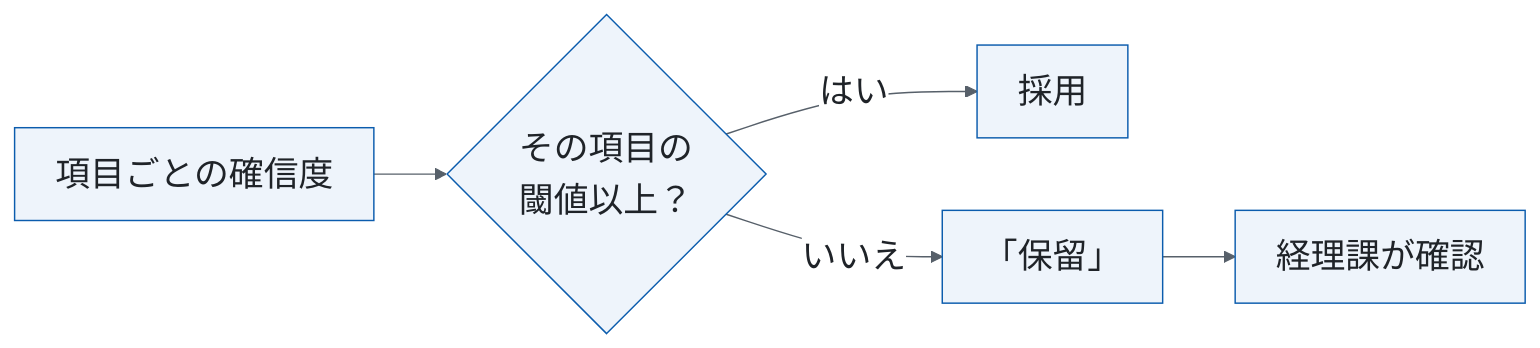
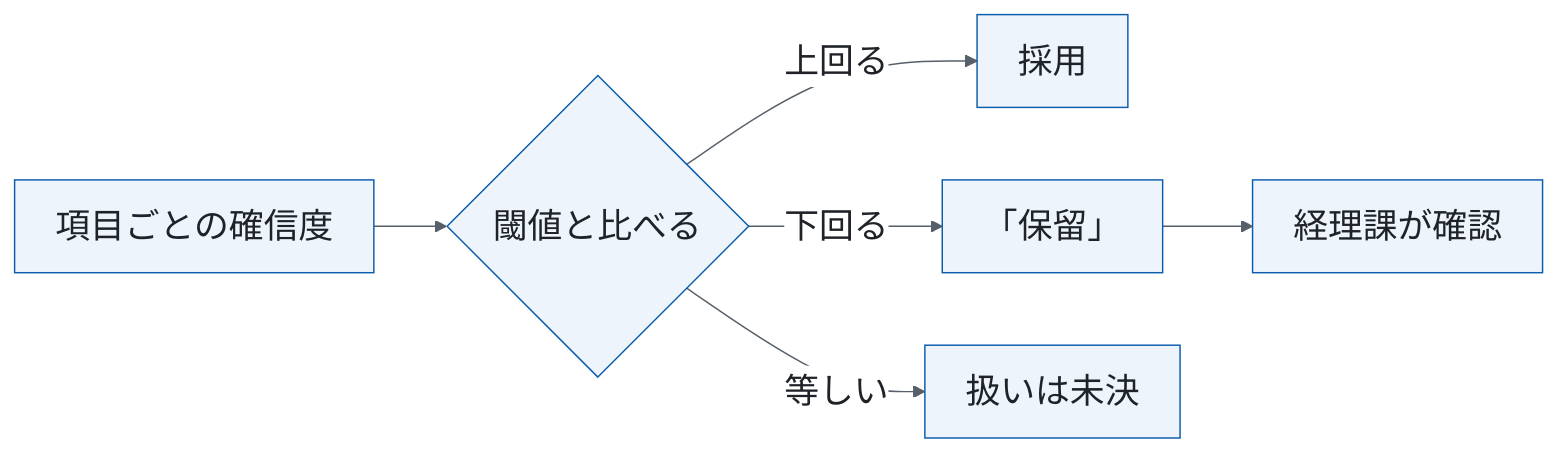
One commit to spin-glass/tool-slides changed the diagram in decks/2026-10-01-invoice-ocr-confirm/index.qmd. Above: the diagram before and after it, drawn with Mermaid. The commit also changed 10 other files, not shown here.

````diff
--- a/decks/2026-10-01-invoice-ocr-confirm/index.qmd
+++ b/decks/2026-10-01-invoice-ocr-confirm/index.qmd
@@ -262,9 +262,10 @@
 ```{mermaid}
 %%| fig-width: 11
 %%{init: {"theme": "base", "themeVariables": {"fontSize": "24px", "fontFamily": "Hiragino Sans, Noto Sans JP, sans-serif", "primaryColor": "#eef4fb", "primaryBorderColor": "#0b5cad", "primaryTextColor": "#1f2328", "lineColor": "#57606a", "edgeLabelBackground": "#ffffff", "taskBkgColor": "#eef4fb", "taskBorderColor": "#0b5cad", "taskTextColor": "#1f2328", "critBkgColor": "#b35900", "critBorderColor": "#b35900", "gridColor": "#d0d7de", "sectionBkgColor": "#ffffff"}, "flowchart": {"padding": 14}}}%%
 flowchart LR
-  A[項目ごとの確信度] --> B{その項目の<br>閾値以上？}
-  B -->|はい| C[採用]
-  B -->|いいえ| D[「保留」]
+  A[項目ごとの確信度] --> B{閾値と比べる}
+  B -->|上回る| C[採用]
+  B -->|下回る| D[「保留」]
+  B -->|等しい| F[扱いは未決]
   D --> E[経理課が確認]
 ```
````
